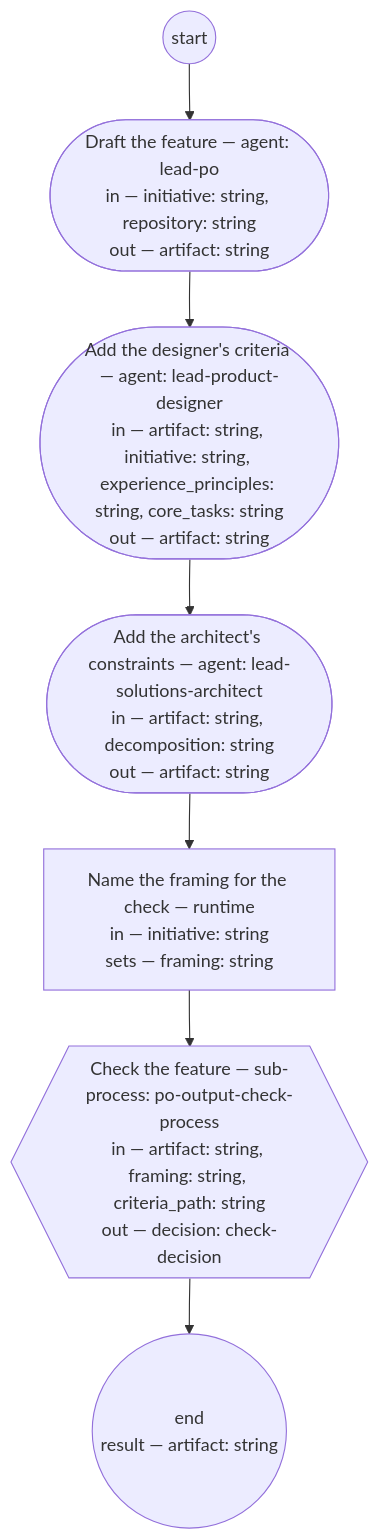
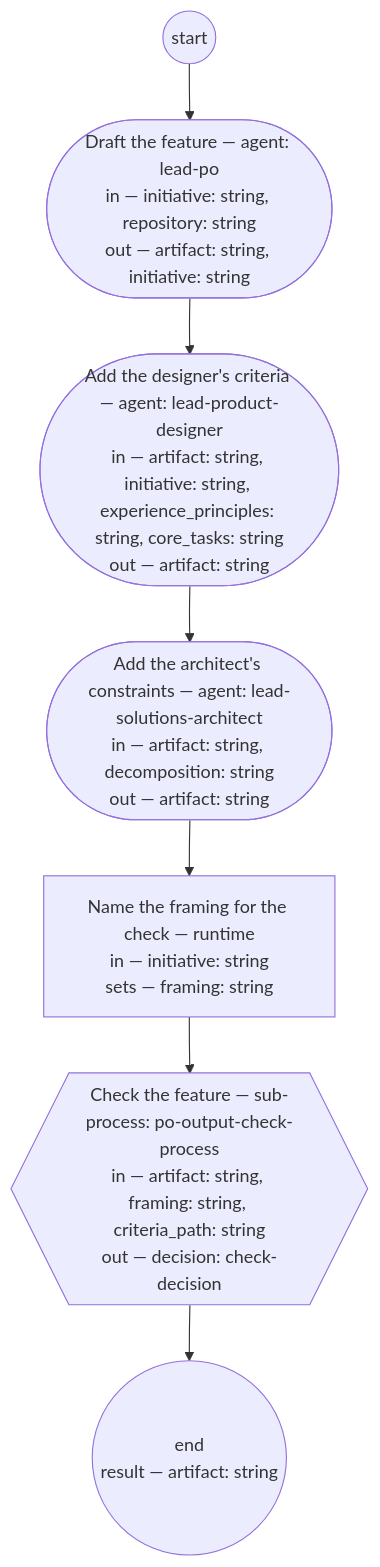
Before and after one commit to dstengle/shopsystem-product: the diagram in basis/processes/feature-authoring.md, drawn with Mermaid. The commit also changed other lines of this file and 9 other files, not shown here.

````diff
--- a/basis/processes/feature-authoring.md
+++ b/basis/processes/feature-authoring.md
@@ -76,15 +76,15 @@
 ```mermaid
 flowchart TD
-  draft(["Draft the feature — agent: lead-po<br/>in — initiative: string, repository: string<br/>out — artifact: string"])
+  draft(["Draft the feature — agent: lead-po<br/>in — initiative: string, repository: string<br/>out — artifact: string, initiative: string"])
   add_usability(["Add the designer's criteria — agent: lead-product-designer<br/>in — artifact: string, initiative: string, experience_principles: string, core_tasks: string<br/>out — artifact: string"])
   add_constraints(["Add the architect's constraints — agent: lead-solutions-architect<br/>in — artifact: string, decomposition: string<br/>out — artifact: string"])
   prepare["Name the framing for the check — runtime<br/>in — initiative: string<br/>sets — framing: string"]
   check{{"Check the feature — sub-process: po-output-check-process<br/>in — artifact: string, framing: string, criteria_path: string<br/>out — decision: check-decision"}}
   __end(("end<br/>result — artifact: string"))
   __start(("start")) --> draft
   draft --> add_usability
   add_usability --> add_constraints
   add_constraints --> prepare
   prepare --> check
   check --> __end
 ```
````
